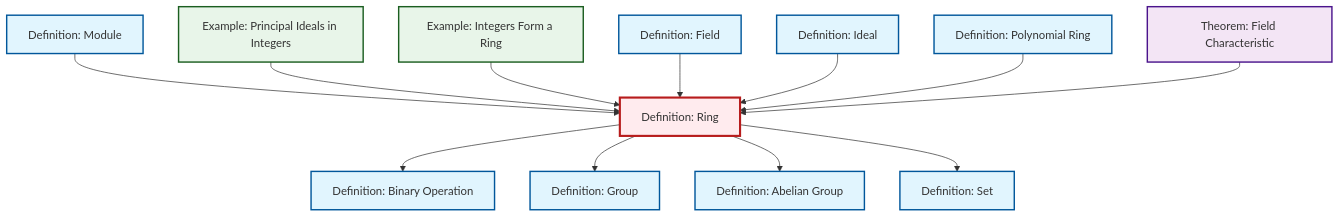
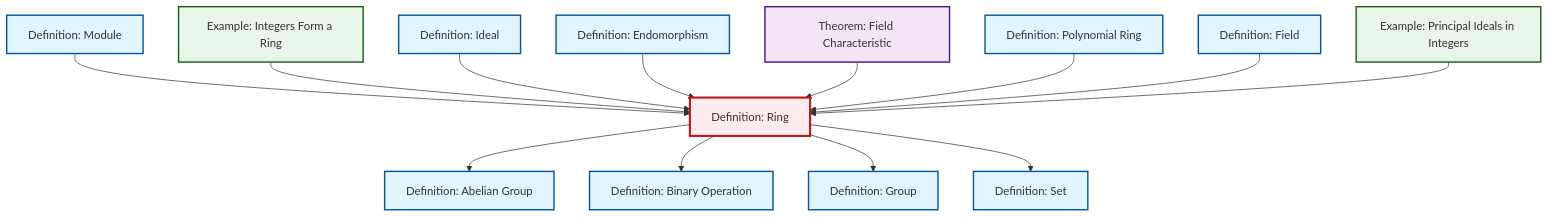
One commit to RK0429/ModernMath changed the diagram in content/en/algebra/def-ring.qmd. Above: the diagram before and after it, drawn with Mermaid. The commit also changed other lines of this file and 581 other files, not shown here.

````diff
--- a/content/en/algebra/def-ring.qmd
+++ b/content/en/algebra/def-ring.qmd
@@ -61,44 +61,47 @@
 ```{mermaid}
 %%| fig-cap: "Local dependency graph"
 graph TD
     classDef definition fill:#e1f5fe,stroke:#01579b,stroke-width:2px
     classDef theorem fill:#f3e5f5,stroke:#4a148c,stroke-width:2px
     classDef axiom fill:#fff3e0,stroke:#e65100,stroke-width:2px
     classDef example fill:#e8f5e9,stroke:#1b5e20,stroke-width:2px
     classDef current fill:#ffebee,stroke:#b71c1c,stroke-width:3px
+    def-module["Definition: Module"]:::definition
+    def-binary-operation["Definition: Binary Operation"]:::definition
     def-ring["Definition: Ring"]:::definition
-    ex-principal-ideal["Example: Principal Ideals in Integers"]:::example
-    def-field["Definition: Field"]:::definition
     thm-field-characteristic["Theorem: Field Characteristic"]:::theorem
+    def-polynomial-ring["Definition: Polynomial Ring"]:::definition
     def-ideal["Definition: Ideal"]:::definition
     def-abelian-group["Definition: Abelian Group"]:::definition
-    def-module["Definition: Module"]:::definition
-    def-polynomial-ring["Definition: Polynomial Ring"]:::definition
+    def-endomorphism["Definition: Endomorphism"]:::definition
+    ex-principal-ideal["Example: Principal Ideals in Integers"]:::example
     def-group["Definition: Group"]:::definition
+    def-set["Definition: Set"]:::definition
     ex-integers-ring["Example: Integers Form a Ring"]:::example
-    def-set["Definition: Set"]:::definition
-    def-binary-operation["Definition: Binary Operation"]:::definition
+    def-field["Definition: Field"]:::definition
+    def-ring --> def-abelian-group
     def-module --> def-ring
+    ex-integers-ring --> def-ring
+    def-ideal --> def-ring
+    def-endomorphism --> def-ring
+    thm-field-characteristic --> def-ring
+    def-polynomial-ring --> def-ring
     def-ring --> def-binary-operation
+    def-field --> def-ring
+    def-ring --> def-group
     ex-principal-ideal --> def-ring
-    ex-integers-ring --> def-ring
-    def-ring --> def-group
-    def-ring --> def-abelian-group
-    def-field --> def-ring
-    def-ideal --> def-ring
-    def-polynomial-ring --> def-ring
     def-ring --> def-set
-    thm-field-characteristic --> def-ring
     class def-ring current
-    click ex-principal-ideal "ex-principal-ideal.html" "Go to Principal Ideals in Integers example"
-    click def-field "def-field.html" "Go to Field definition"
+    click def-module "def-module.html" "Go to Module definition"
+    click def-binary-operation "def-binary-operation.html" "Go to Binary Operation definition"
     click thm-field-characteristic "thm-field-characteristic.html" "Go to Field Characteristic theorem"
+    click def-polynomial-ring "def-polynomial-ring.html" "Go to Polynomial Ring definition"
     click def-ideal "def-ideal.html" "Go to Ideal definition"
     click def-abelian-group "def-abelian-group.html" "Go to Abelian Group definition"
-    click def-module "def-module.html" "Go to Module definition"
-    click def-polynomial-ring "def-polynomial-ring.html" "Go to Polynomial Ring definition"
+    click def-endomorphism "def-endomorphism.html" "Go to Endomorphism definition"
+    click ex-principal-ideal "ex-principal-ideal.html" "Go to Principal Ideals in Integers example"
     click def-group "def-group.html" "Go to Group definition"
+    click def-set "def-set.html" "Go to Set definition"
     click ex-integers-ring "ex-integers-ring.html" "Go to Integers Form a Ring example"
-    click def-set "def-set.html" "Go to Set definition"
-    click def-binary-operation "def-binary-operation.html" "Go to Binary Operation definition"
+    click def-field "def-field.html" "Go to Field definition"
 ```
````
